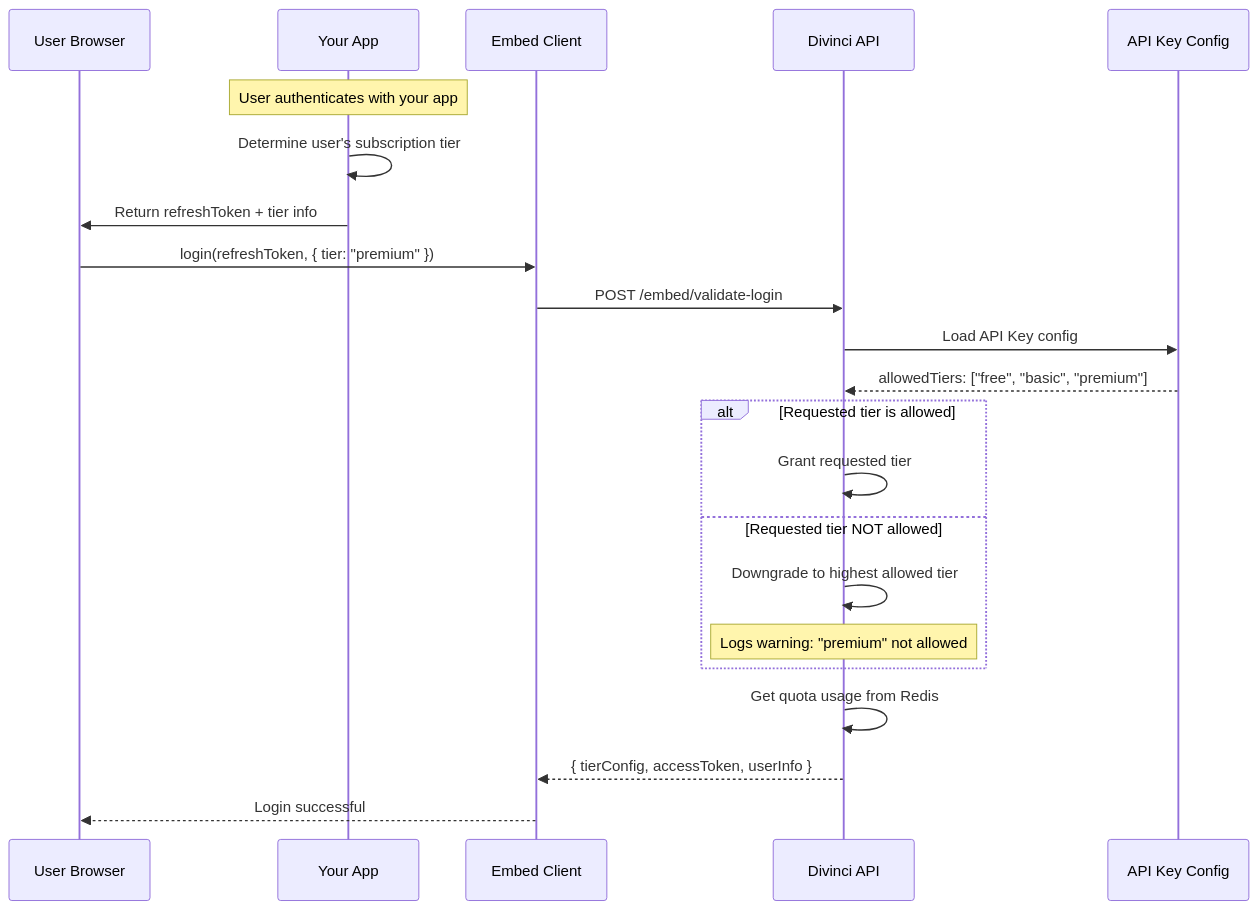
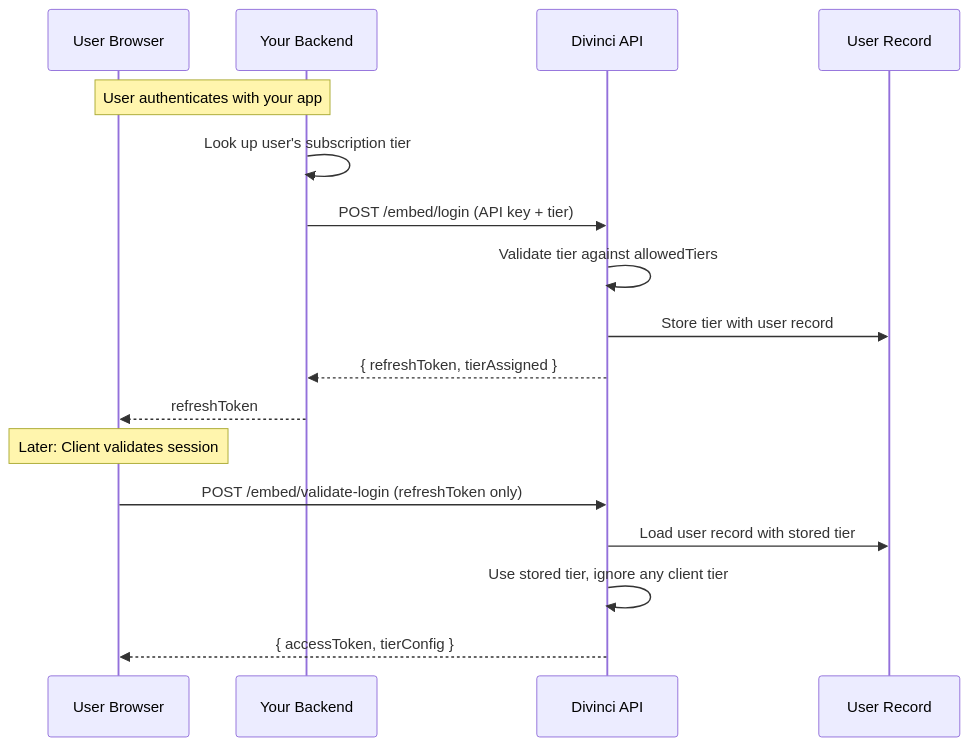
The first of 2 diagrams in embed/MembershipTiers.md (Divinci-AI/Examples), drawn with Mermaid before and after one commit. The commit also changed other lines of this file, not shown here.

First line of the commit message:
docs: Update security model - server-side tier enforcement (#7)

````diff
--- a/embed/MembershipTiers.md
+++ b/embed/MembershipTiers.md
@@ -50,29 +46,21 @@
 ```mermaid
 sequenceDiagram
-    participant User as User Browser
-    participant App as Your App
-    participant Embed as Embed Client
+    participant Browser as User Browser
+    participant Backend as Your Backend
     participant API as Divinci API
-    participant DB as API Key Config
+    participant DB as User Record
 
-    Note over App: User authenticates with your app
-    App->>App: Determine user's subscription tier
-    App->>User: Return refreshToken + tier info
+    Note over Browser,Backend: User authenticates with your app
+    Backend->>Backend: Look up user's subscription tier
+    Backend->>API: POST /embed/login (API key + tier)
+    API->>API: Validate tier against allowedTiers
+    API->>DB: Store tier with user record
+    API-->>Backend: { refreshToken, tierAssigned }
+    Backend-->>Browser: refreshToken
 
-    User->>Embed: login(refreshToken, { tier: "premium" })
-    Embed->>API: POST /embed/validate-login
-
-    API->>DB: Load API Key config
-    DB-->>API: allowedTiers: ["free", "basic", "premium"]
-
-    alt Requested tier is allowed
-        API->>API: Grant requested tier
-    else Requested tier NOT allowed
-        API->>API: Downgrade to highest allowed tier
-        Note over API: Logs warning: "premium" not allowed
-    end
-
-    API->>API: Get quota usage from Redis
-    API-->>Embed: { tierConfig, accessToken, userInfo }
-    Embed-->>User: Login successful
+    Note over Browser: Later: Client validates session
+    Browser->>API: POST /embed/validate-login (refreshToken only)
+    API->>DB: Load user record with stored tier
+    API->>API: Use stored tier, ignore any client tier
+    API-->>Browser: { accessToken, tierConfig }
 ```
````
